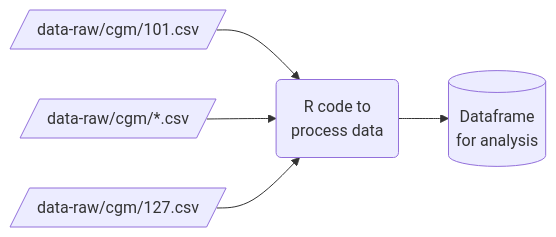
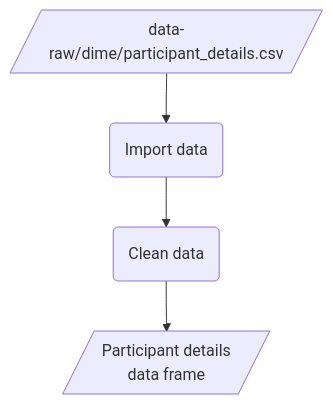
Before and after one commit to rostools/r-cubed-intermediate: the third of 3 diagrams in sessions/introduction.qmd, drawn with Mermaid. The commit also changed other lines of this file, not shown here.

````diff
--- a/sessions/introduction.qmd
+++ b/sessions/introduction.qmd
@@ -51,11 +105,14 @@
 ```{mermaid}
-%%| label: "fig-big-picture-aim"
-%%| fig-cap: "Big picture aim of the workshop."
+%%| label: "fig-roadmap-participant-details"
+%%| fig-cap: "Roadmap for the workshop: Importing and cleaning the participant details data file."
 %%| fig-alt: "A diagram representing the overall flow from start to end of the workshop, with nodes for files pointing into code and outputting a final dataframe."
-flowchart LR
-  file_a[/"data-raw/cgm/101.csv"/]
-  file_etc[/"data-raw/cgm/*.csv"/]
-  file_z[/"data-raw/cgm/127.csv"/]
-  file_a & file_etc & file_z --> code(R code to<br>process data)
-  code --> final_data[(Dataframe<br>for analysis)]
+flowchart TB
+  participant_details[/"data-raw/dime/participant_details.csv"/]
+  import(Import data)
+  clean(Clean data)
+  output[/"Participant details<br>data frame"/]
+
+  participant_details --> import
+  import --> clean
+  clean --> output
 ```
````
